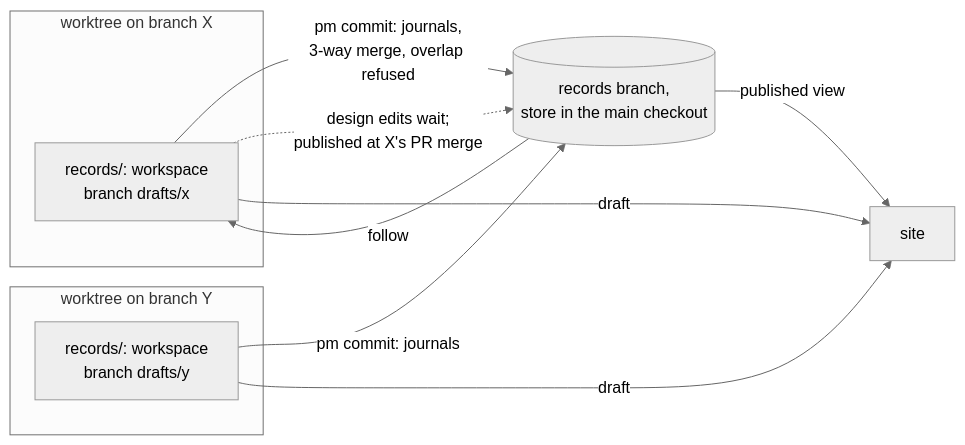
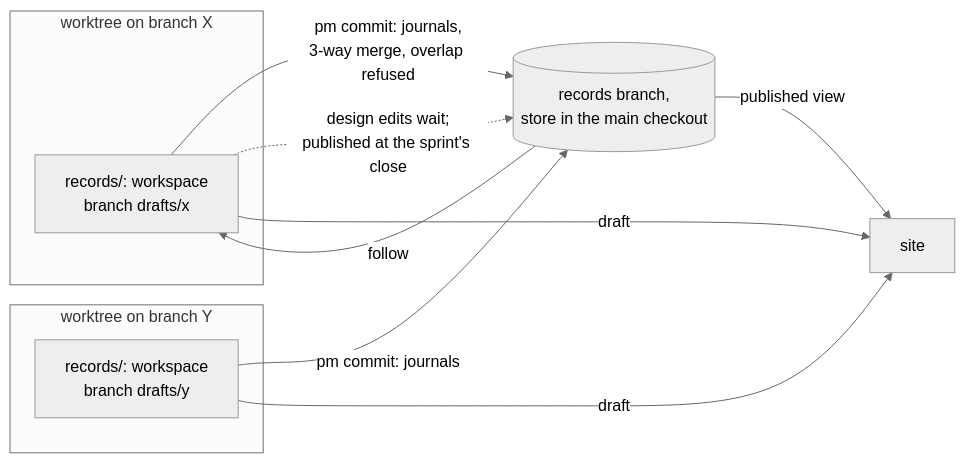
The first of 2 diagrams in design/record-drafts.md (Yeeef/pm), drawn with Mermaid (neutral theme) before and after one commit. The commit also changed other lines of this file, not shown here.

Commit message:
pm-records: design pages publish at sprint close, not at the PR merge

````diff
--- a/design/record-drafts.md
+++ b/design/record-drafts.md
@@ -96,16 +96,16 @@
 ```mermaid
 flowchart LR
   subgraph wtx["worktree on branch X"]
     wsx["records/: workspace<br/>branch drafts/x"]
   end
   subgraph wty["worktree on branch Y"]
     wsy["records/: workspace<br/>branch drafts/y"]
   end
   wsx -->|"pm commit: journals,<br/>3-way merge, overlap refused"| rec[("records branch,<br/>store in the main checkout")]
   wsy -->|"pm commit: journals"| rec
-  wsx -.->|"design edits wait;<br/>published at X's PR merge"| rec
+  wsx -.->|"design edits wait;<br/>published at the sprint's close"| rec
   rec -->|"follow"| wsx
   rec -->|"published view"| site["site"]
   wsx -->|"draft"| site
   wsy -->|"draft"| site
 ```
````
